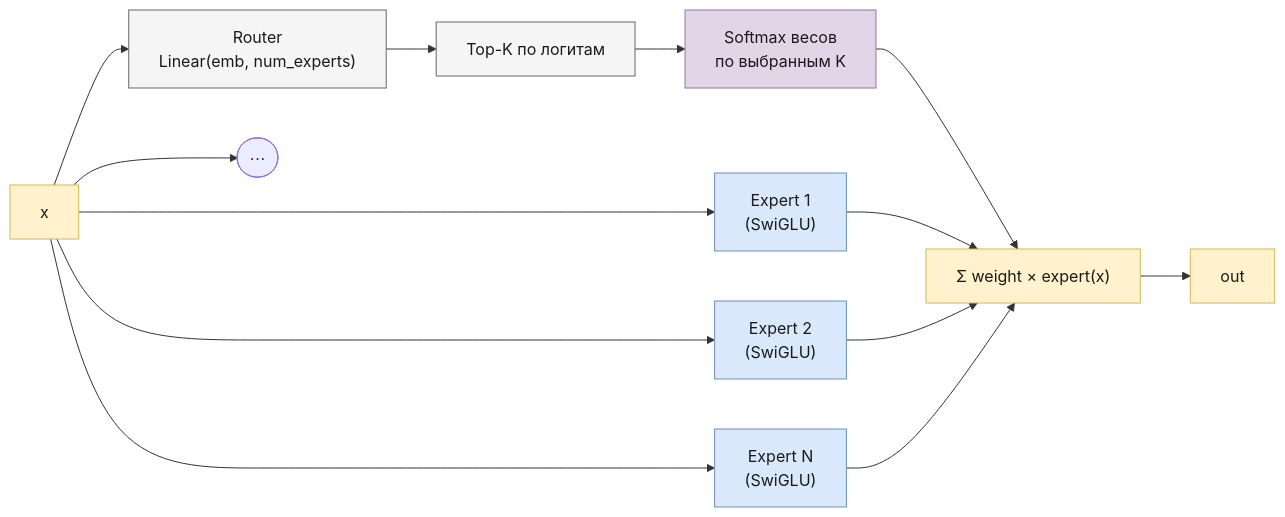
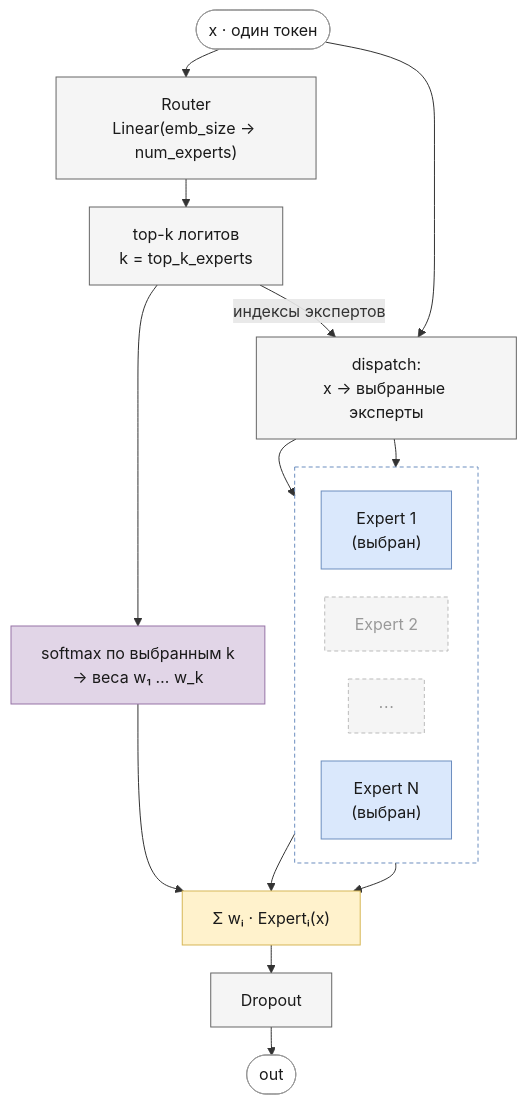
The second of 2 diagrams in docs/mixtral.md (pese-git/llm-arch-research), drawn with Mermaid before and after one commit. The commit also changed other lines of this file and 8 other files, not shown here.

First line of the commit message:
docs: redraw architecture diagrams in Mermaid, show RoPE explicitly

````diff
--- a/docs/mixtral.md
+++ b/docs/mixtral.md
@@ -36,20 +56,36 @@
 ```mermaid
-flowchart LR
-    X["x"]:::gold --> Router["Router<br/>Linear(emb, num_experts)"]:::gray
-    Router --> TopK["Top-K по логитам"]:::gray
-    TopK --> Softmax["Softmax весов<br/>по выбранным K"]:::purple
-    X --> E1["Expert 1<br/>(SwiGLU)"]:::blue
-    X --> E2["Expert 2<br/>(SwiGLU)"]:::blue
-    X --> Edots(["⋯"])
-    X --> En["Expert N<br/>(SwiGLU)"]:::blue
-    Softmax --> Sum["Σ weight × expert(x)"]:::gold
-    E1 --> Sum
-    E2 --> Sum
+%%{init: {"flowchart": {"rankSpacing": 28, "nodeSpacing": 28}}}%%
+flowchart TB
+    X(["x · один токен"]):::io --> Router["Router<br/>Linear(emb_size → num_experts)"]:::gray
+    Router --> TopK["top-k логитов<br/>k = top_k_experts"]:::gray
+    TopK --> W["softmax по выбранным k<br/>→ веса w₁ … w_k"]:::purple
+    TopK -- "индексы экспертов" --> Disp["dispatch:<br/>x → выбранные эксперты"]:::gray
+    X --> Disp
+    subgraph Experts[" "]
+        direction LR
+        E1["Expert 1<br/>(выбран)"]:::blue
+        E2["Expert 2"]:::dim
+        Ed["⋯"]:::dim
+        En["Expert N<br/>(выбран)"]:::blue
+    end
+    Disp --> E1
+    Disp --> En
+    E1 --> Sum["Σ wᵢ · Expertᵢ(x)"]:::gold
     En --> Sum
-    Sum --> Out["out"]:::gold
+    W --> Sum
+    Sum --> Drop["Dropout"]:::gray --> Out(["out"]):::io
+    style Experts fill:transparent,stroke:#6c8ebf,stroke-dasharray:4 3
 
+    classDef io fill:#ffffff,stroke:#999999,color:#1a1a1a;
+    classDef add fill:#ffffff,stroke:#666666,color:#1a1a1a;
     classDef blue fill:#dae8fc,stroke:#6c8ebf,color:#1a1a1a;
+    classDef blueHl fill:#dae8fc,stroke:#2f5f9e,stroke-width:3px,color:#1a1a1a;
     classDef purple fill:#e1d5e7,stroke:#9673a6,color:#1a1a1a;
+    classDef purpleHl fill:#e1d5e7,stroke:#6a3d85,stroke-width:3px,color:#1a1a1a;
     classDef gray fill:#f5f5f5,stroke:#666666,color:#1a1a1a;
+    classDef grayHl fill:#f5f5f5,stroke:#333333,stroke-width:3px,color:#1a1a1a;
     classDef gold fill:#fff2cc,stroke:#d6b656,color:#1a1a1a;
+    classDef rope fill:#d5f0ec,stroke:#3a9e8f,color:#1a1a1a;
+    classDef ropeHl fill:#d5f0ec,stroke:#1f6f63,stroke-width:3px,color:#1a1a1a;
+    classDef dim fill:#f5f5f5,stroke:#bbbbbb,color:#999999,stroke-dasharray:4 3;
 ```
````
